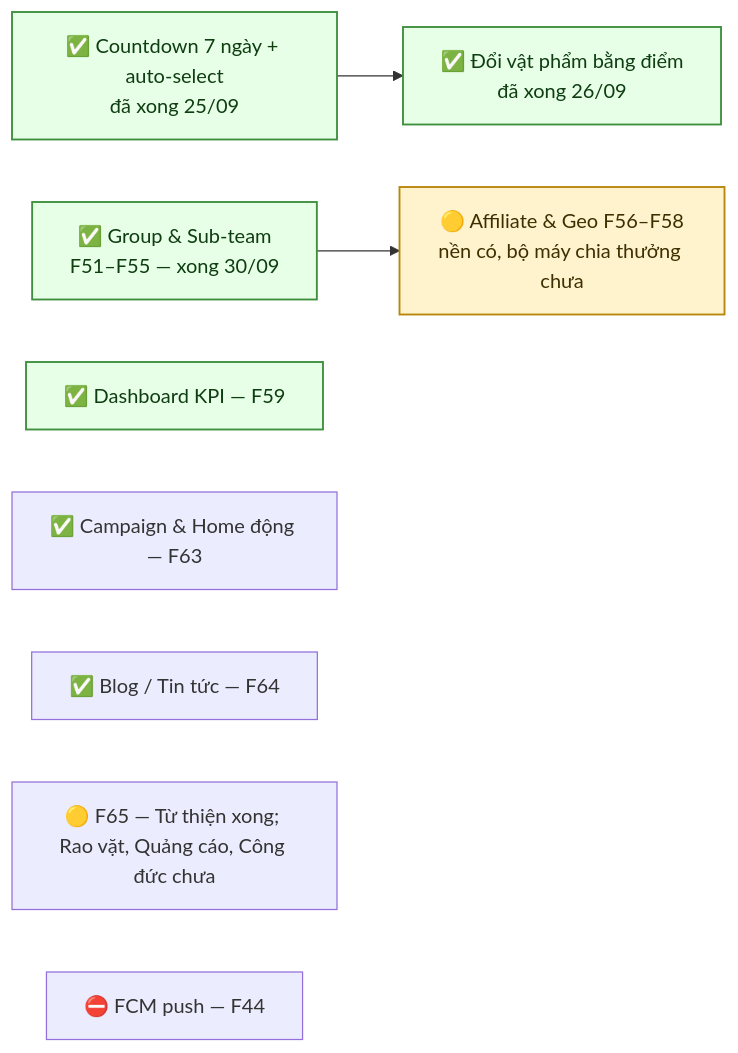
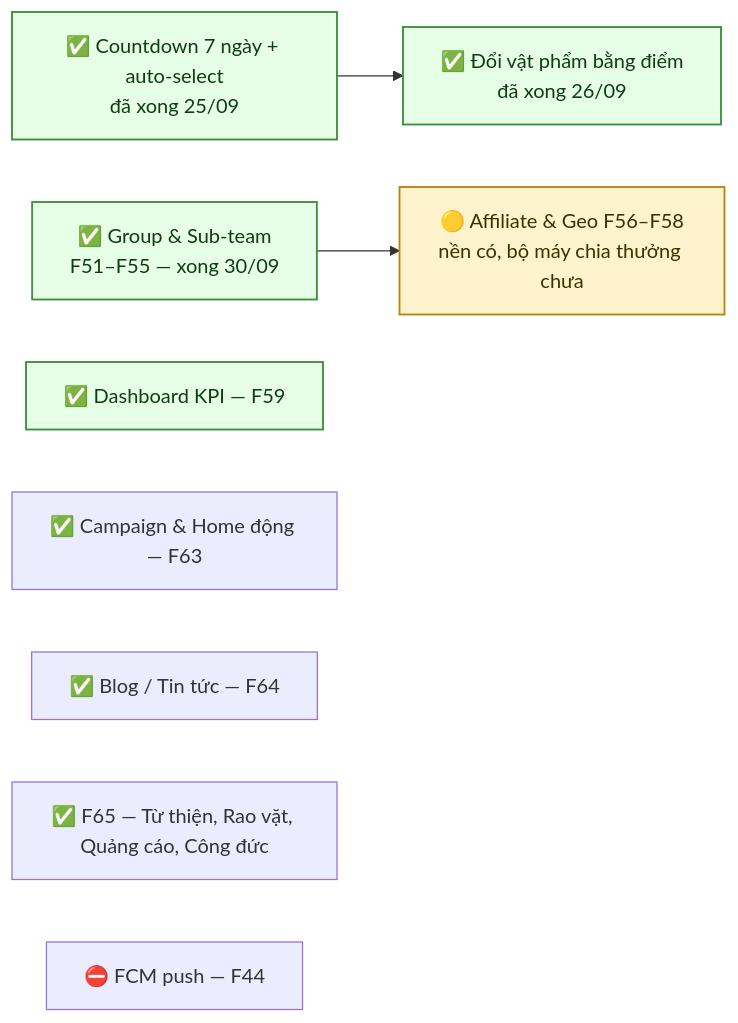
The diagram in docs/diagram/21-open-issues.md (fdshn/trueheart), drawn with Mermaid before and after one commit. The commit also changed 57 other files, not shown here.

````diff
--- a/docs/diagram/21-open-issues.md
+++ b/docs/diagram/21-open-issues.md
@@ -128,16 +128,16 @@
 ```mermaid
 flowchart LR
     A["✅ Countdown 7 ngày + auto-select<br/>đã xong 25/09"] --> B["✅ Đổi vật phẩm bằng điểm<br/>đã xong 26/09"]
     C["✅ Group & Sub-team<br/>F51–F55 — xong 30/09"] --> D["🟡 Affiliate & Geo F56–F58<br/>nền có, bộ máy chia thưởng chưa"]
     E["✅ Dashboard KPI — F59"]
     F["✅ Campaign & Home động — F63"]
     G["✅ Blog / Tin tức — F64"]
-    H["🟡 F65 — Từ thiện xong; Rao vặt, Quảng cáo, Công đức chưa"]
+    H["✅ F65 — Từ thiện, Rao vặt, Quảng cáo, Công đức"]
     I["⛔ FCM push — F44"]
 
     style A fill:#e6ffe6,stroke:#3f8f3f,stroke-width:1.5px,color:#0f3d12
     style B fill:#e6ffe6,stroke:#3f8f3f,stroke-width:1.5px,color:#0f3d12
     style C fill:#e6ffe6,stroke:#3f8f3f,stroke-width:1.5px,color:#0f3d12
     style E fill:#e6ffe6,stroke:#3f8f3f,stroke-width:1.5px,color:#0f3d12
     style D fill:#fff3cd,stroke:#b8860b,stroke-width:1.5px,color:#3d2f00
 ```
````
